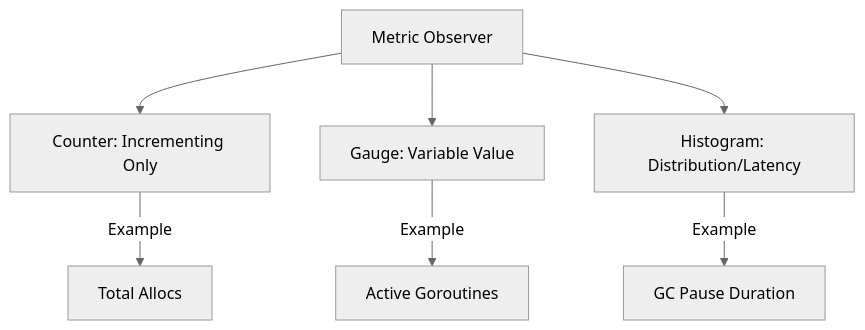
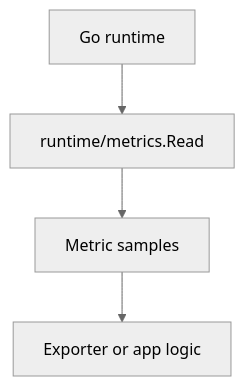
One commit to syahputrawork98-sketch/Golang-Knowledge-Base changed the diagram in RAK-03-evolution/SR-04-observability/BK-03-telemetry/CH-01-metrics/README.md. Above: the diagram before and after it, drawn with Mermaid (neutral theme). The commit also changed other lines of this file and 61 other files, not shown here.

````diff
--- a/RAK-03-evolution/SR-04-observability/BK-03-telemetry/CH-01-metrics/README.md
+++ b/RAK-03-evolution/SR-04-observability/BK-03-telemetry/CH-01-metrics/README.md
@@ -37,10 +35,6 @@
 ```mermaid
 graph TD
-    M[Metric Observer] --> C[Counter: Incrementing Only]
-    M --> G[Gauge: Variable Value]
-    M --> H[Histogram: Distribution/Latency]
-    
-    C -- Example --> CA[Total Allocs]
-    G -- Example --> GA[Active Goroutines]
-    H -- Example --> HA[GC Pause Duration]
+    Runtime[Go runtime] --> Read[runtime/metrics.Read]
+    Read --> Samples[Metric samples]
+    Samples --> Export[Exporter or app logic]
 ```
````
